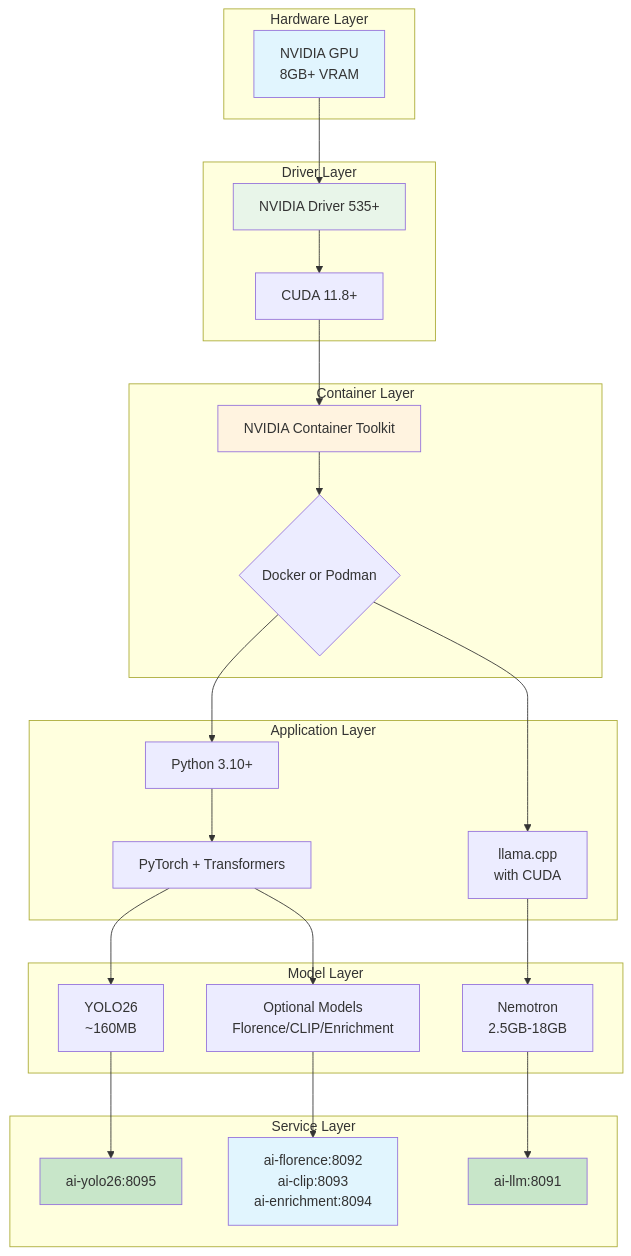
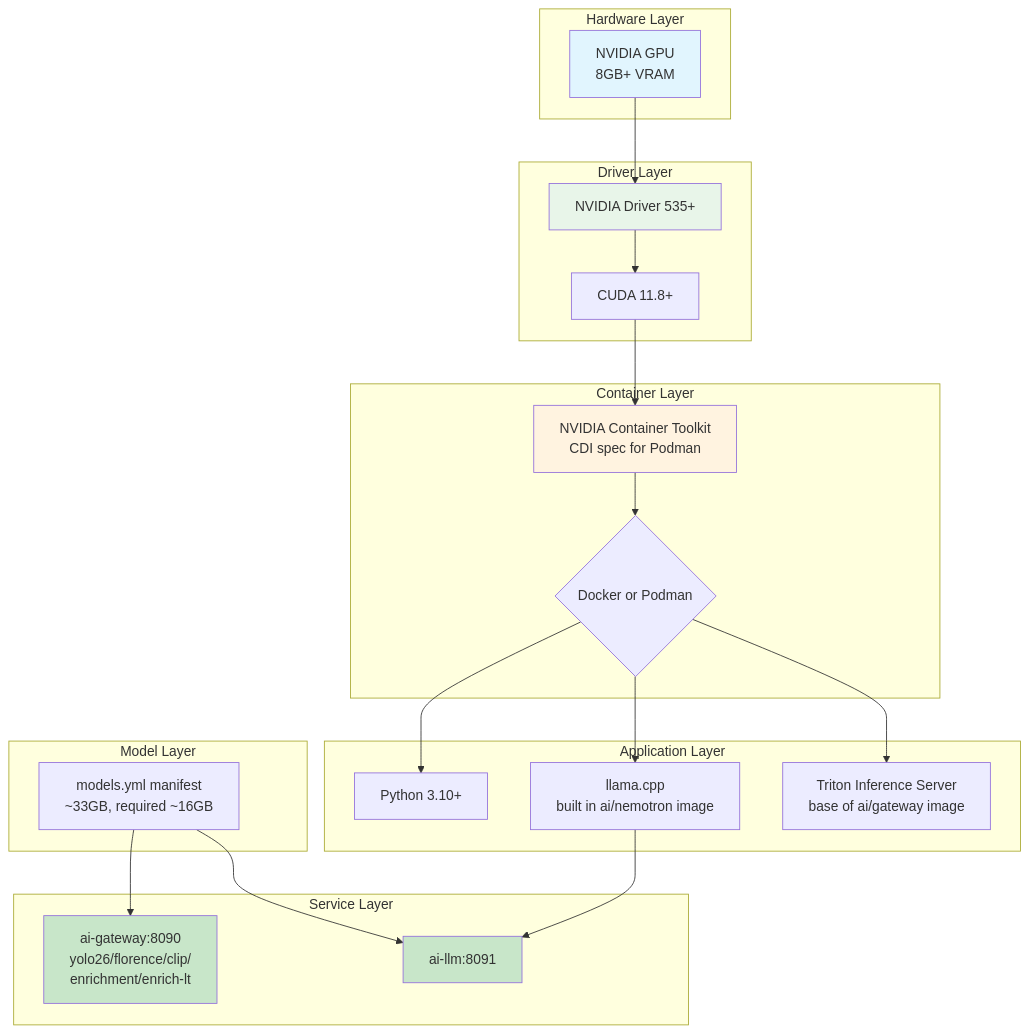
The diagram in docs/operator/ai-installation.md (mikesvoboda/nemotron-v3-home-security-intelligence), drawn with Mermaid before and after one commit. The commit also changed other lines of this file and 313 other files, not shown here.

````diff
--- a/docs/operator/ai-installation.md
+++ b/docs/operator/ai-installation.md
@@ -56,58 +58,50 @@
 ```mermaid
 flowchart TD
     subgraph "Hardware Layer"
         GPU[NVIDIA GPU<br/>8GB+ VRAM]
     end
 
     subgraph "Driver Layer"
         Driver[NVIDIA Driver 535+]
         CUDA[CUDA 11.8+]
     end
 
     subgraph "Container Layer"
-        Toolkit[NVIDIA Container Toolkit]
+        Toolkit[NVIDIA Container Toolkit<br/>CDI spec for Podman]
         Runtime{Docker or Podman}
     end
 
     subgraph "Application Layer"
         Python[Python 3.10+]
-        Llama[llama.cpp<br/>with CUDA]
-        PyDeps[PyTorch + Transformers]
+        Llama[llama.cpp<br/>built in ai/nemotron image]
+        Triton[Triton Inference Server<br/>base of ai/gateway image]
     end
 
     subgraph "Model Layer"
-        YOLO26[YOLO26<br/>~160MB]
-        Nemotron[Nemotron<br/>2.5GB-18GB]
-        Optional[Optional Models<br/>Florence/CLIP/Enrichment]
+        Models[models.yml manifest<br/>~33GB, required ~16GB]
     end
 
     subgraph "Service Layer"
-        Detector[ai-yolo26:8095]
+        Gateway[ai-gateway:8090<br/>yolo26/florence/clip/<br/>enrichment/enrich-lt]
         LLM[ai-llm:8091]
-        OptServices[ai-florence:8092<br/>ai-clip:8093<br/>ai-enrichment:8094]
     end
 
     GPU --> Driver
     Driver --> CUDA
     CUDA --> Toolkit
     Toolkit --> Runtime
 
     Runtime --> Python
     Runtime --> Llama
-    Python --> PyDeps
+    Runtime --> Triton
 
-    PyDeps --> YOLO26
-    Llama --> Nemotron
-    PyDeps --> Optional
-
-    YOLO26 --> Detector
-    Nemotron --> LLM
-    Optional --> OptServices
+    Models --> Gateway
+    Models --> LLM
+    Llama --> LLM
 
     style GPU fill:#e1f5fe
     style Driver fill:#e8f5e9
     style Toolkit fill:#fff3e0
-    style Detector fill:#c8e6c9
+    style Gateway fill:#c8e6c9
     style LLM fill:#c8e6c9
-    style OptServices fill:#e1f5fe
 ```
````
